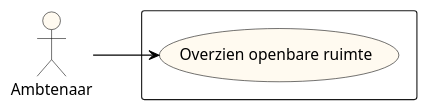
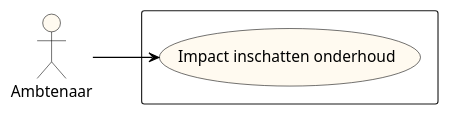
Before and after one commit to Staijn1/DMP: the diagram in Models/usecase.puml, drawn with PlantUML. The commit also changed 2 other files, not shown here.

```diff
--- a/Models/usecase.puml
+++ b/Models/usecase.puml
@@ -1,24 +1,24 @@
 @startuml
 left to right direction
 
 skinparam usecase {
   BackgroundColor FloralWhite
   BorderColor Black
   ArrowColor Black
 }
 
 
 skinparam actor {
   BackgroundColor FloralWhite
   BorderColor Black
   ArrowColor Black
 }
 
 actor Ambtenaar as a
 
 rectangle  {
-  usecase "Overzien openbare ruimte" as UC1
+  usecase "Impact inschatten onderhoud" as UC1
 }
 
 a --> UC1
 @enduml
```
